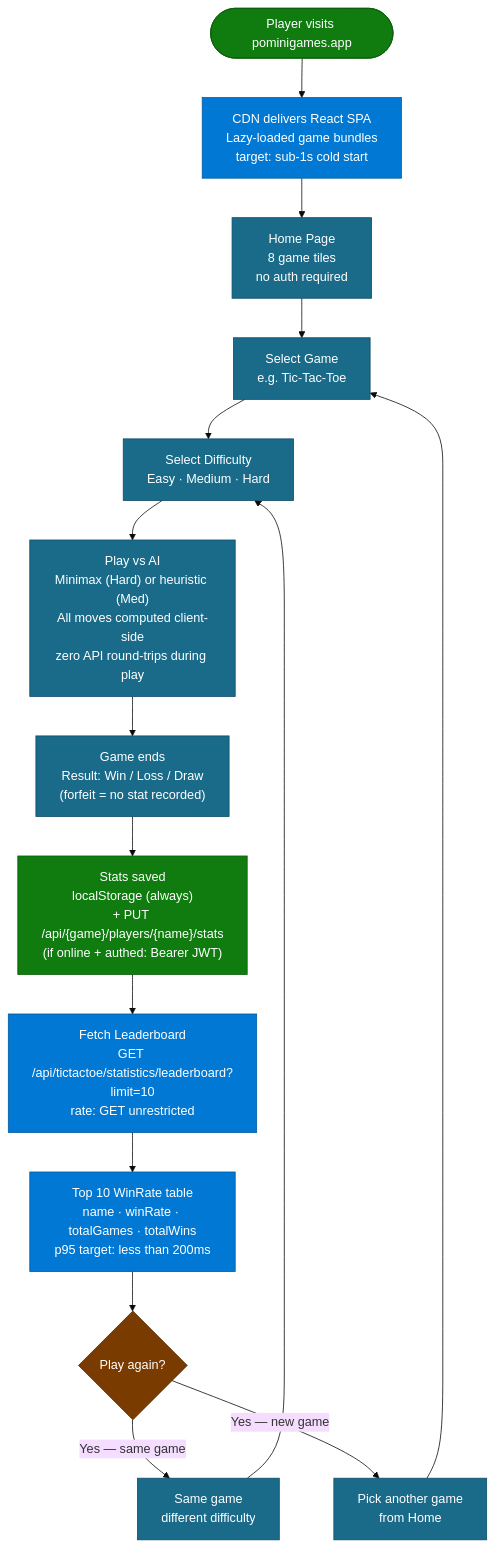
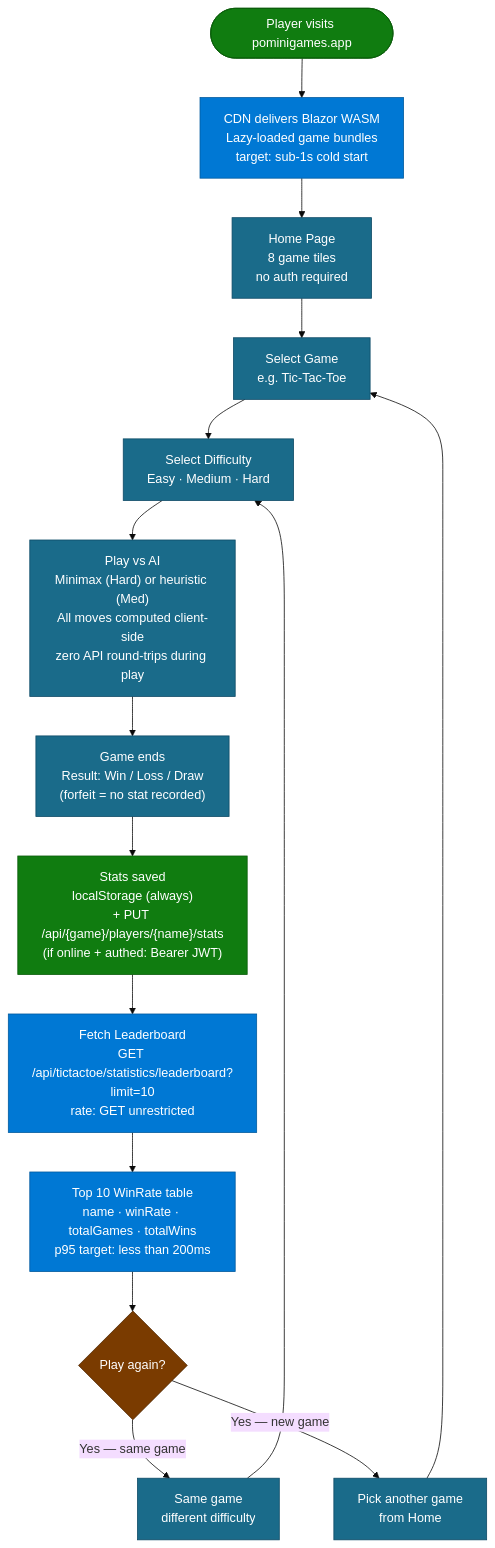
Before and after one commit to punkouter26/PoMiniGames: the diagram in docs/PrimaryValueFlow.mmd, drawn with Mermaid (base theme). The commit also changed 66 other files, not shown here.

```diff
--- a/docs/PrimaryValueFlow.mmd
+++ b/docs/PrimaryValueFlow.mmd
@@ -1,32 +1,32 @@
 flowchart TD
     Visit(["Player visits pominigames.app"])
-    Load["CDN delivers React SPA\nLazy-loaded game bundles\ntarget: sub-1s cold start"]
+    Load["CDN delivers Blazor WASM\nLazy-loaded game bundles\ntarget: sub-1s cold start"]
     Home["Home Page\n8 game tiles\nno auth required"]
     SelectGame["Select Game\ne.g. Tic-Tac-Toe"]
     SelectDiff["Select Difficulty\nEasy · Medium · Hard"]
     PlayVsAI["Play vs AI\nMinimax (Hard) or heuristic (Med)\nAll moves computed client-side\nzero API round-trips during play"]
     GameEnd["Game ends\nResult: Win / Loss / Draw\n(forfeit = no stat recorded)"]
     StatsSaved["Stats saved\nlocalStorage (always)\n+ PUT /api/{game}/players/{name}/stats\n(if online + authed: Bearer JWT)"]
     Leaderboard["Fetch Leaderboard\nGET /api/tictactoe/statistics/leaderboard?limit=10\nrate: GET unrestricted"]
     LeaderView["Top 10 WinRate table\nname · winRate · totalGames · totalWins\np95 target: less than 200ms"]
     PlayAgain{"Play again?"}
     SameGame["Same game\ndifferent difficulty"]
     NewGame["Pick another game\nfrom Home"]
 
     Visit --> Load --> Home --> SelectGame --> SelectDiff --> PlayVsAI --> GameEnd --> StatsSaved --> Leaderboard --> LeaderView --> PlayAgain
-    PlayAgain -- "Yes — same game" --> SameGame --> SelectDiff
-    PlayAgain -- "Yes — new game" --> NewGame --> SelectGame
+    PlayAgain -->|"Yes — same game"| SameGame --> SelectDiff
+    PlayAgain -->|"Yes — new game"| NewGame --> SelectGame
 
     style Visit fill:#107c10,stroke:#0a5c0a,color:#fff
     style Load fill:#0078d4,stroke:#005a9e,color:#fff
     style Home fill:#1a6b8a,stroke:#0d4a66,color:#fff
     style SelectGame fill:#1a6b8a,stroke:#0d4a66,color:#fff
     style SelectDiff fill:#1a6b8a,stroke:#0d4a66,color:#fff
     style PlayVsAI fill:#1a6b8a,stroke:#0d4a66,color:#fff
     style GameEnd fill:#1a6b8a,stroke:#0d4a66,color:#fff
     style StatsSaved fill:#107c10,stroke:#0a5c0a,color:#fff
     style Leaderboard fill:#0078d4,stroke:#005a9e,color:#fff
     style LeaderView fill:#0078d4,stroke:#005a9e,color:#fff
     style PlayAgain fill:#7a3b00,stroke:#4f2700,color:#fff
     style SameGame fill:#1a6b8a,stroke:#0d4a66,color:#fff
     style NewGame fill:#1a6b8a,stroke:#0d4a66,color:#fff
```
